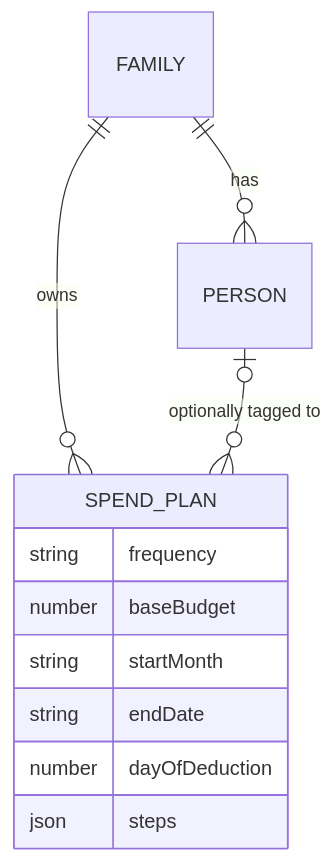
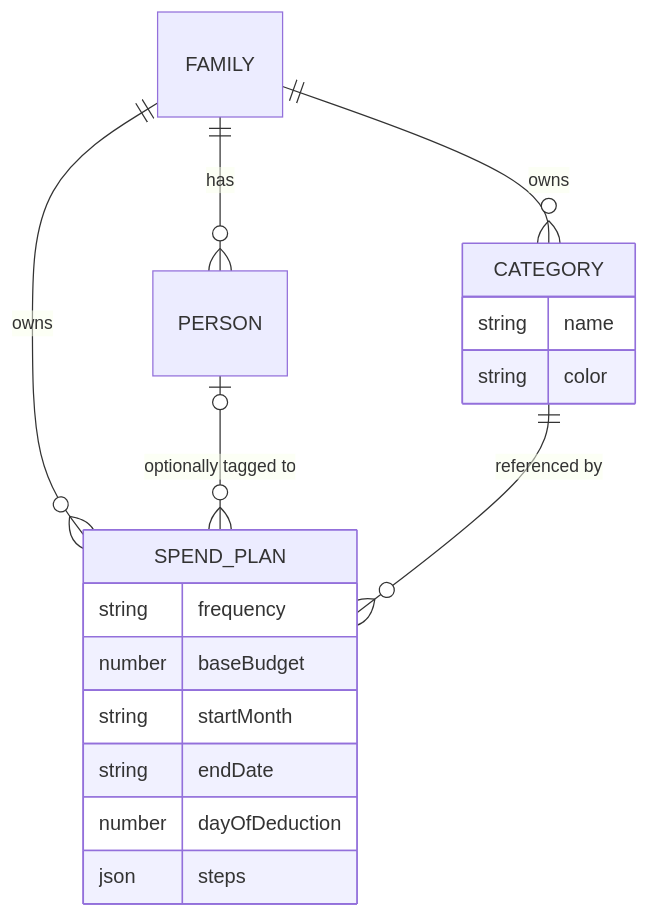
The third of 3 diagrams in docs/REQUIREMENTS.md (sdkdcr/spendnest), drawn with Mermaid before and after one commit. The commit also changed other lines of this file and 1 other file, not shown here.

First line of the commit message:
docs: document Category entity replacing free-text spend type

````diff
--- a/docs/REQUIREMENTS.md
+++ b/docs/REQUIREMENTS.md
@@ -209,14 +219,20 @@
 ```mermaid
 erDiagram
     FAMILY ||--o{ PERSON : has
+    FAMILY ||--o{ CATEGORY : owns
     FAMILY ||--o{ SPEND_PLAN : owns
     PERSON |o--o{ SPEND_PLAN : "optionally tagged to"
+    CATEGORY ||--o{ SPEND_PLAN : "referenced by"
+    CATEGORY {
+        string name
+        string color
+    }
     SPEND_PLAN {
         string frequency
         number baseBudget
         string startMonth
         string endDate
         number dayOfDeduction
         json steps
     }
 ```
````
